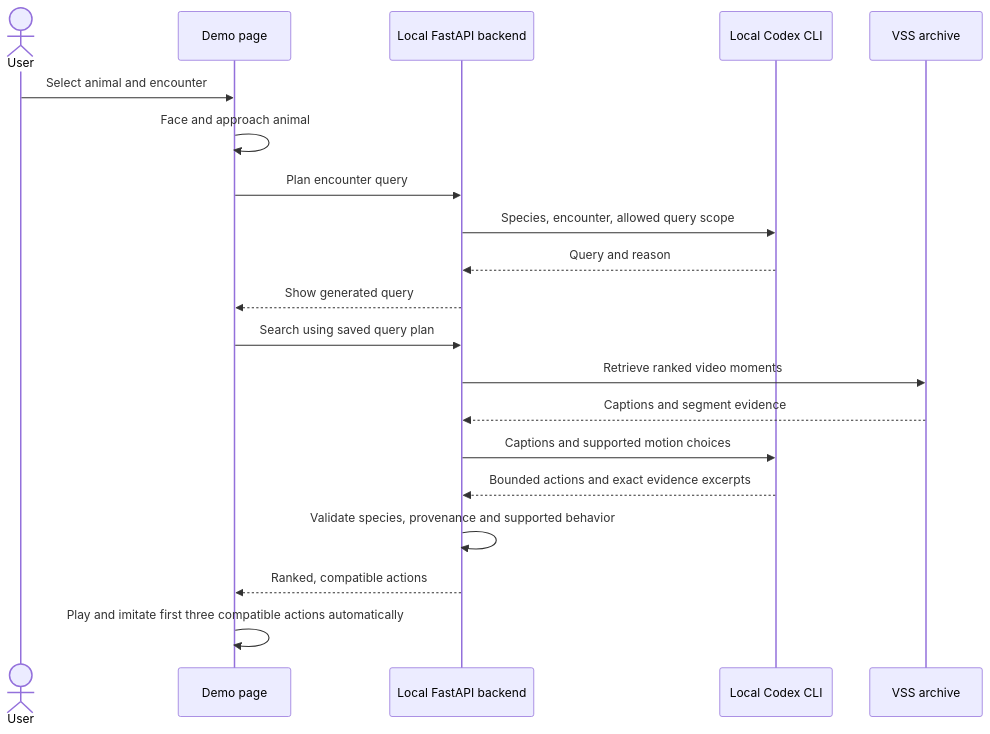
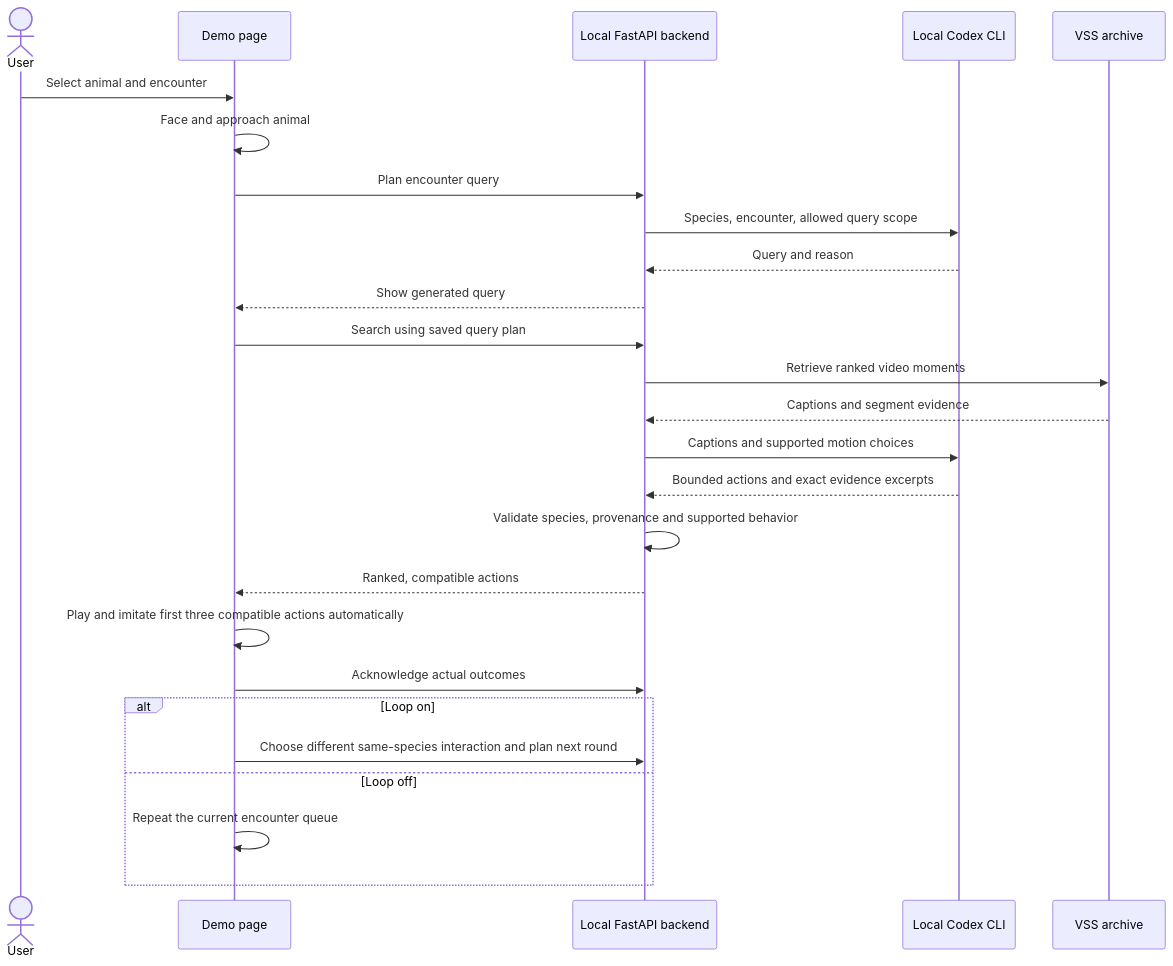
Before and after one commit to CoralLeiCN/rtv-hack: the diagram in README.md, drawn with Mermaid. The commit also changed other lines of this file and 27 other files, not shown here.

````diff
--- a/README.md
+++ b/README.md
@@ -35,22 +35,28 @@
 ```mermaid
 sequenceDiagram
     actor User
     participant UI as Demo page
     participant API as Local FastAPI backend
     participant Agent as Local Codex CLI
     participant VSS as VSS archive
     User->>UI: Select animal and encounter
     UI->>UI: Face and approach animal
     UI->>API: Plan encounter query
     API->>Agent: Species, encounter, allowed query scope
     Agent-->>API: Query and reason
     API-->>UI: Show generated query
     UI->>API: Search using saved query plan
     API->>VSS: Retrieve ranked video moments
     VSS-->>API: Captions and segment evidence
     API->>Agent: Captions and supported motion choices
     Agent-->>API: Bounded actions and exact evidence excerpts
     API->>API: Validate species, provenance and supported behavior
     API-->>UI: Ranked, compatible actions
     UI->>UI: Play and imitate first three compatible actions automatically
+    UI->>API: Acknowledge actual outcomes
+    alt Loop on
+        UI->>API: Choose different same-species interaction and plan next round
+    else Loop off
+        UI->>UI: Repeat the current encounter queue
+    end
 ```
````
